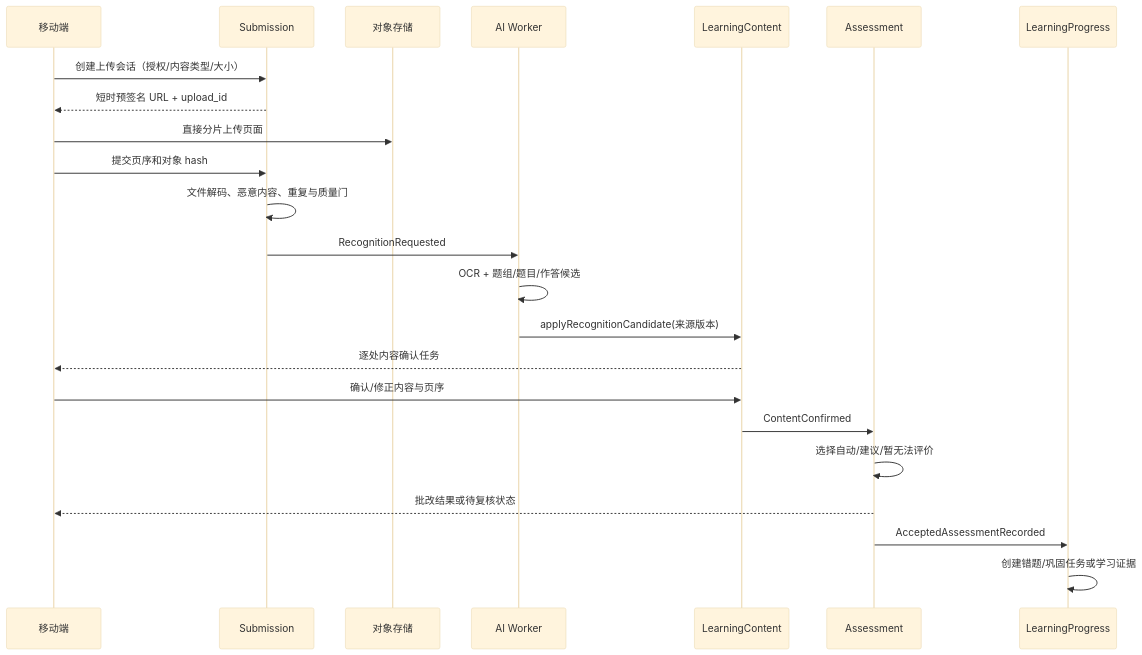
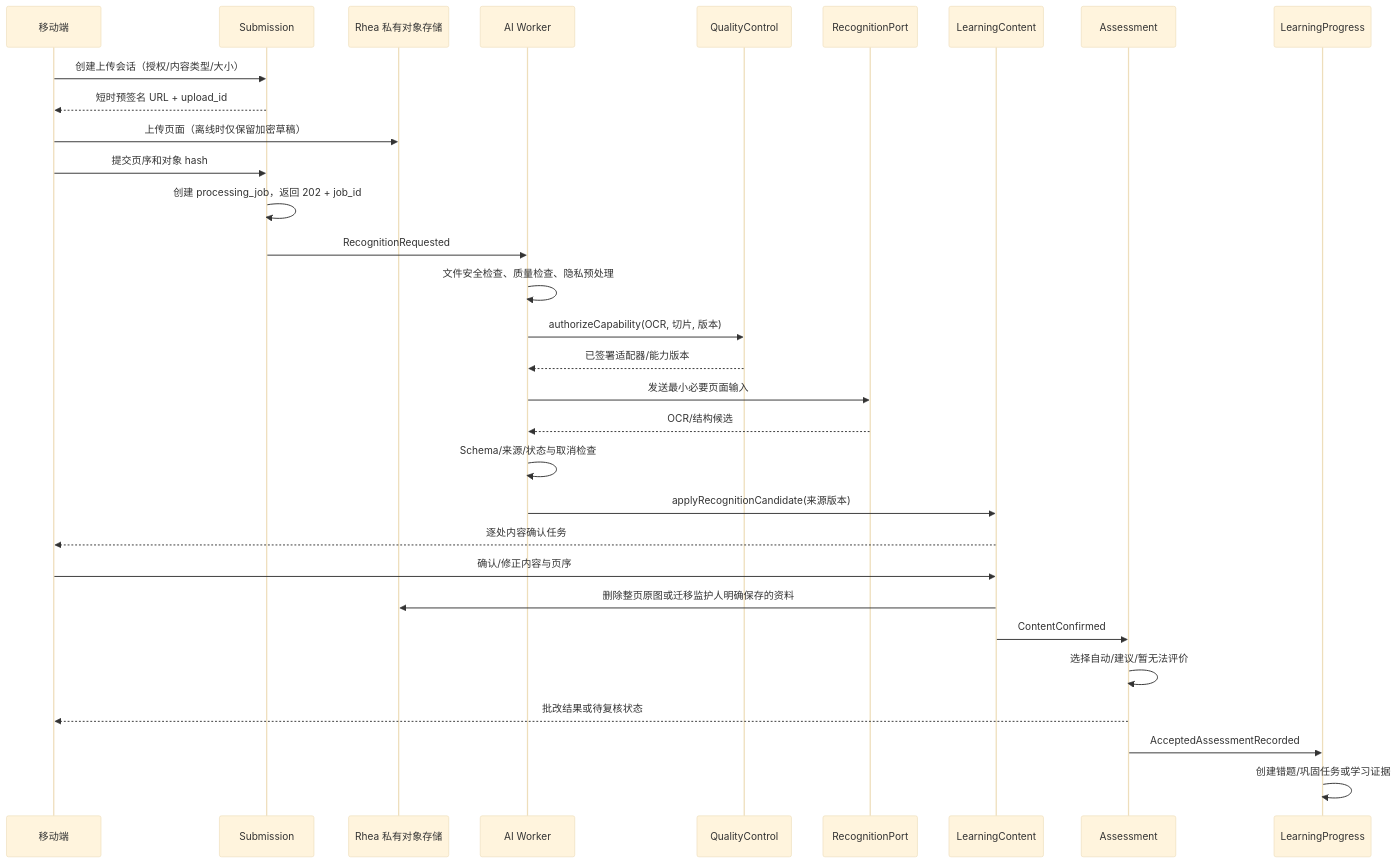
Before and after one commit to shinelincx/rhea: the fifth of 10 diagrams in docs/architecture/rhea-technical-architecture-v1.md, drawn with Mermaid (base theme). The commit also changed other lines of this file and 1 other file, not shown here.

Commit message:
docs: centralize OCR and AI processing

````diff
--- a/docs/architecture/rhea-technical-architecture-v1.md
+++ b/docs/architecture/rhea-technical-architecture-v1.md
@@ -357,26 +359,34 @@
 ```mermaid
 sequenceDiagram
     participant M as 移动端
     participant API as Submission
-    participant O as 对象存储
+    participant O as Rhea 私有对象存储
     participant W as AI Worker
+    participant Q as QualityControl
+    participant R as RecognitionPort
     participant C as LearningContent
     participant A as Assessment
     participant P as LearningProgress
 
     M->>API: 创建上传会话（授权/内容类型/大小）
     API-->>M: 短时预签名 URL + upload_id
-    M->>O: 直接分片上传页面
+    M->>O: 上传页面（离线时仅保留加密草稿）
     M->>API: 提交页序和对象 hash
-    API->>API: 文件解码、恶意内容、重复与质量门
+    API->>API: 创建 processing_job，返回 202 + job_id
     API->>W: RecognitionRequested
-    W->>W: OCR + 题组/题目/作答候选
+    W->>W: 文件安全检查、质量检查、隐私预处理
+    W->>Q: authorizeCapability(OCR, 切片, 版本)
+    Q-->>W: 已签署适配器/能力版本
+    W->>R: 发送最小必要页面输入
+    R-->>W: OCR/结构候选
+    W->>W: Schema/来源/状态与取消检查
     W->>C: applyRecognitionCandidate(来源版本)
     C-->>M: 逐处内容确认任务
     M->>C: 确认/修正内容与页序
+    C->>O: 删除整页原图或迁移监护人明确保存的资料
     C->>A: ContentConfirmed
     A->>A: 选择自动/建议/暂无法评价
     A-->>M: 批改结果或待复核状态
     A->>P: AcceptedAssessmentRecorded
     P->>P: 创建错题/巩固任务或学习证据
 ```
````
